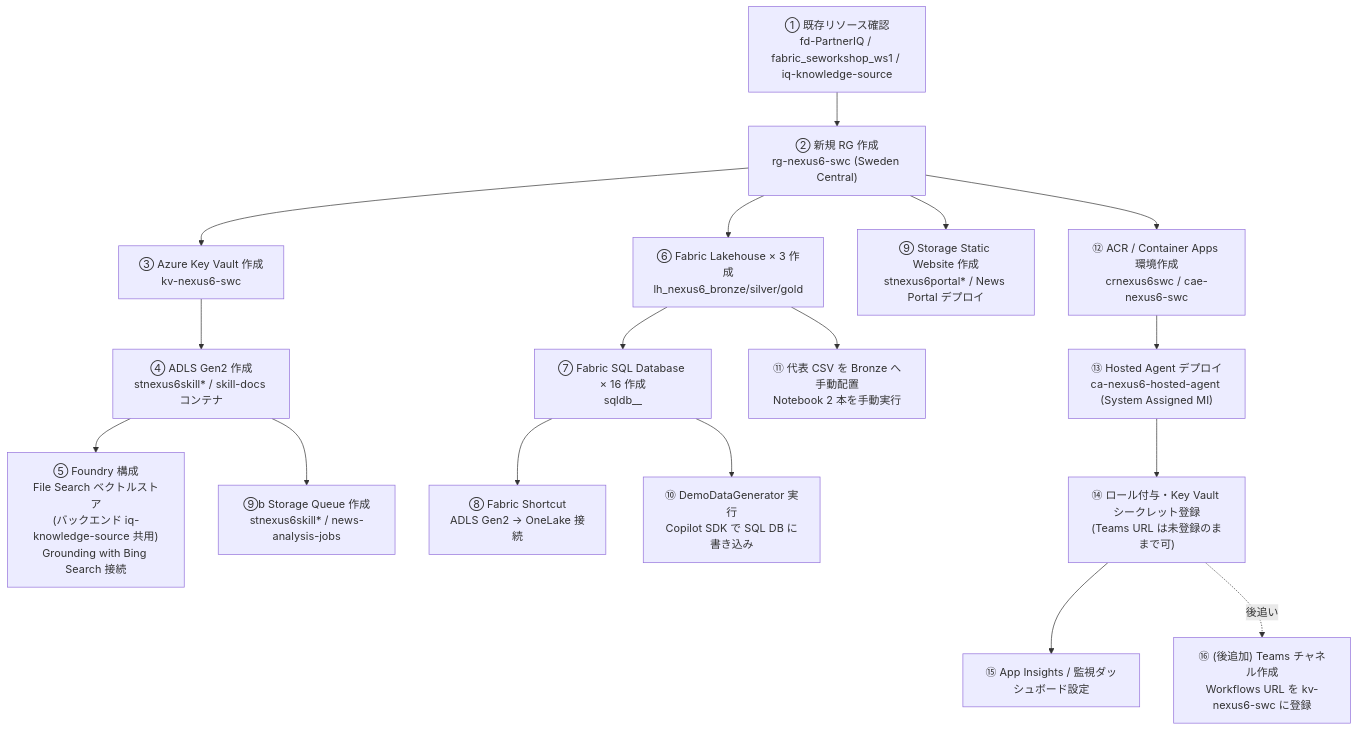
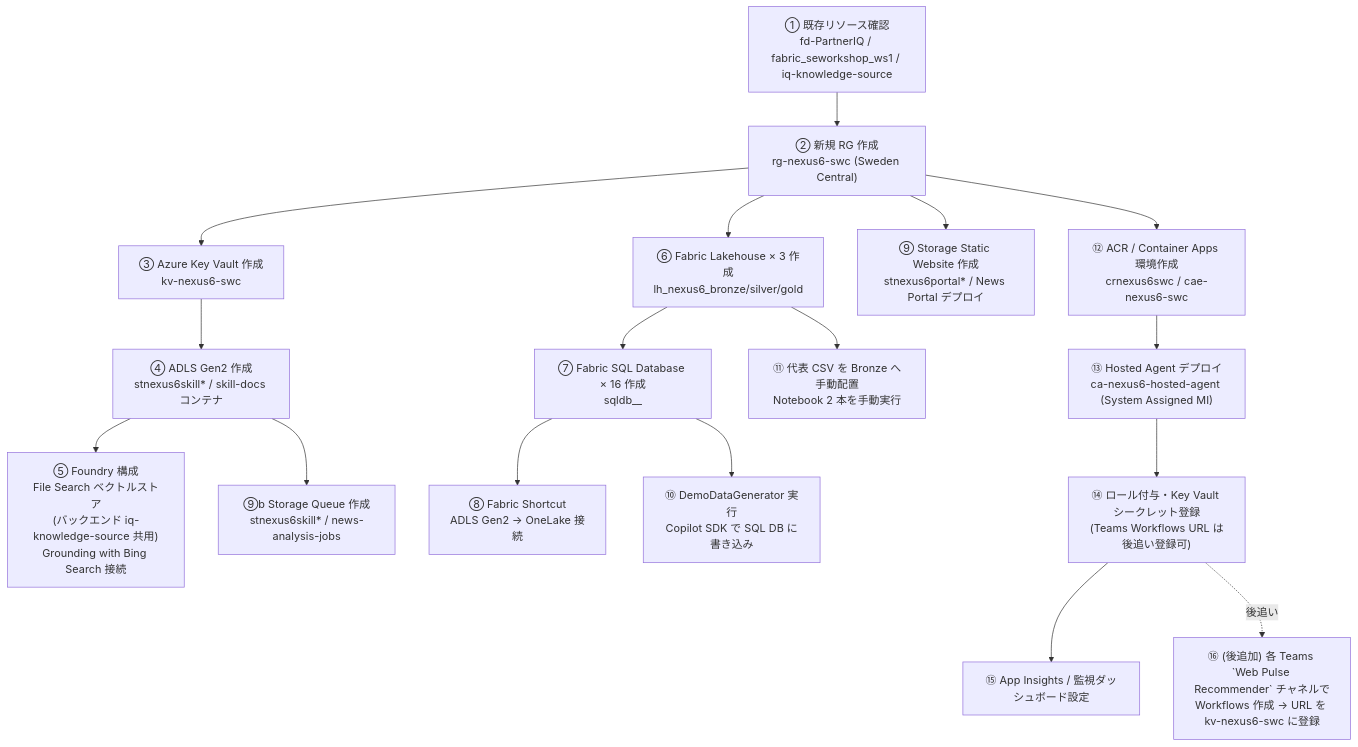
One commit to Takas0522/nexus6-se-workshop changed the second of 2 diagrams in docs/dev-plan/09-azure-m365-configuration.md. Above: the diagram before and after it, drawn with Mermaid. The commit also changed other lines of this file and 2 other files, not shown here.

````diff
--- a/docs/dev-plan/09-azure-m365-configuration.md
+++ b/docs/dev-plan/09-azure-m365-configuration.md
@@ -321,29 +338,29 @@
 ```mermaid
 flowchart TD
     S0["① 既存リソース確認\nfd-PartnerIQ / fabric_seworkshop_ws1 / iq-knowledge-source"]
     S1["② 新規 RG 作成\nrg-nexus6-swc (Sweden Central)"]
     S2["③ Azure Key Vault 作成\nkv-nexus6-swc"]
     S3["④ ADLS Gen2 作成\nstnexus6skill* / skill-docs コンテナ"]
     S4["⑤ Foundry 構成\nFile Search ベクトルストア\n(バックエンド iq-knowledge-source 共用)\nGrounding with Bing Search 接続"]
     S5["⑥ Fabric Lakehouse × 3 作成\nlh_nexus6_bronze/silver/gold"]
     S6["⑦ Fabric SQL Database × 16 作成\nsqldb_<domain>_<NN>"]
     S7["⑧ Fabric Shortcut\nADLS Gen2 → OneLake 接続"]
     S8["⑨ Storage Static Website 作成\nstnexus6portal* / News Portal デプロイ"]
     S8b["⑨b Storage Queue 作成\nstnexus6skill* / news-analysis-jobs"]
     S9["⑩ DemoDataGenerator 実行\nCopilot SDK で SQL DB に書き込み"]
     S10["⑪ 代表 CSV を Bronze へ手動配置\nNotebook 2 本を手動実行"]
     S11["⑫ ACR / Container Apps 環境作成\ncrnexus6swc / cae-nexus6-swc"]
     S12["⑬ Hosted Agent デプロイ\nca-nexus6-hosted-agent (System Assigned MI)"]
-    S13["⑭ ロール付与・Key Vault シークレット登録\n(Teams URL は未登録のままで可)"]
+    S13["⑭ ロール付与・Key Vault シークレット登録\n(Teams Workflows URL は後追い登録可)"]
     S14["⑮ App Insights / 監視ダッシュボード設定"]
-    S15["⑯ (後追加) Teams チャネル作成\nWorkflows URL を kv-nexus6-swc に登録"]
+    S15["⑯ (後追加) 各 Teams `Web Pulse Recommender` チャネルで\nWorkflows 作成 → URL を kv-nexus6-swc に登録"]
 
     S0 --> S1 --> S2 --> S3 --> S4
     S1 --> S5 --> S6 --> S7
     S1 --> S8
     S3 --> S8b
     S6 --> S9
     S5 --> S10
     S1 --> S11 --> S12 --> S13 --> S14
     S13 -.->|後追い| S15
 ```
````
